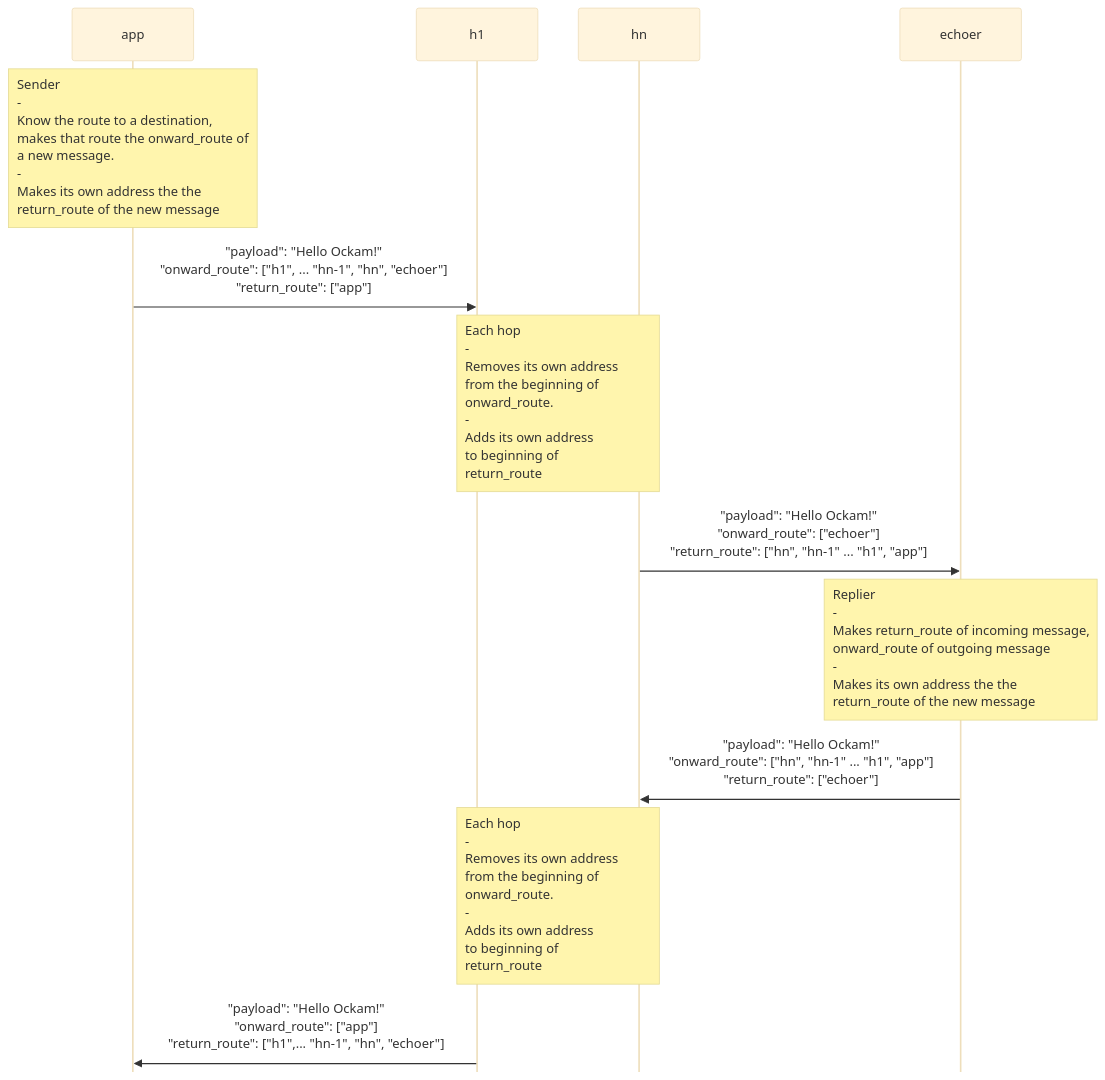
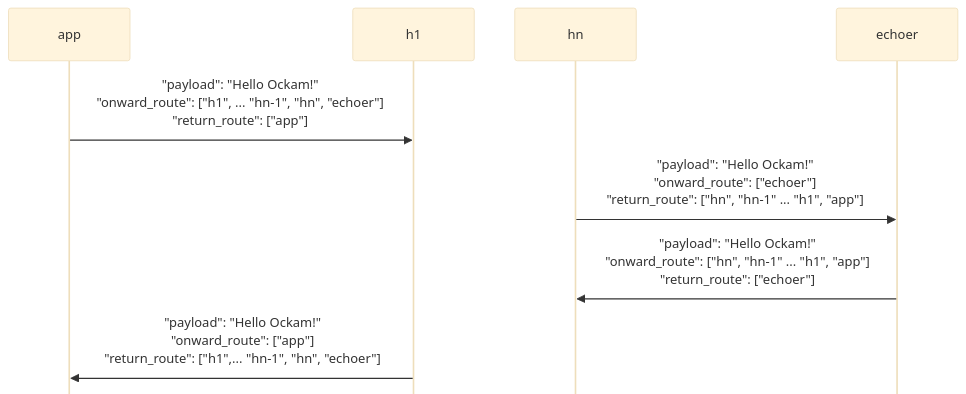
One commit to build-trust/ockam-documentation changed the third of 3 diagrams in libraries/rust/routing.md. Above: the diagram before and after it, drawn with Mermaid (base theme). The commit also changed other lines of this file, not shown here.

````diff
--- a/libraries/rust/routing.md
+++ b/libraries/rust/routing.md
@@ -56,15 +59,8 @@
 ```mermaid
 %%{init: { "fontFamily": "monospace", "sequence": {"mirrorActors": false, "noteAlign": "left"} }}%%
 sequenceDiagram
-    Note over app:     Sender<br>-<br>Know the route to a destination,<br>makes that route the onward_route of<br>a new message.<br>-<br>Makes its own address the the<br>return_route of the new message
     app    ->> h1:     "payload": "Hello Ockam!"<br>"onward_route": ["h1", ... "hn-1", "hn", "echoer"]<br>"return_route": ["app"]
-    Note over h1,hn:   Each hop<br>-<br>Removes its own address <br>from the beginning of<br>onward_route.<br>-<br>Adds its own address<br>to beginning of<br>return_route
-
     hn     ->> echoer: "payload": "Hello Ockam!"<br>"onward_route": ["echoer"]<br>"return_route": ["hn", "hn-1" ... "h1", "app"]
-    Note over echoer:  Replier<br>-<br>Makes return_route of incoming message,<br>onward_route of outgoing message<br>-<br>Makes its own address the the<br>return_route of the new message
-
     echoer ->> hn:     "payload": "Hello Ockam!"<br>"onward_route": ["hn", "hn-1" ... "h1", "app"]<br>"return_route": ["echoer"]
-
-    Note over h1,hn:   Each hop<br>-<br>Removes its own address <br>from the beginning of<br>onward_route.<br>-<br>Adds its own address<br>to beginning of<br>return_route
     h1     ->> app:    "payload": "Hello Ockam!"<br>"onward_route": ["app"]<br>"return_route": ["h1",... "hn-1", "hn", "echoer"]
 ```
````
